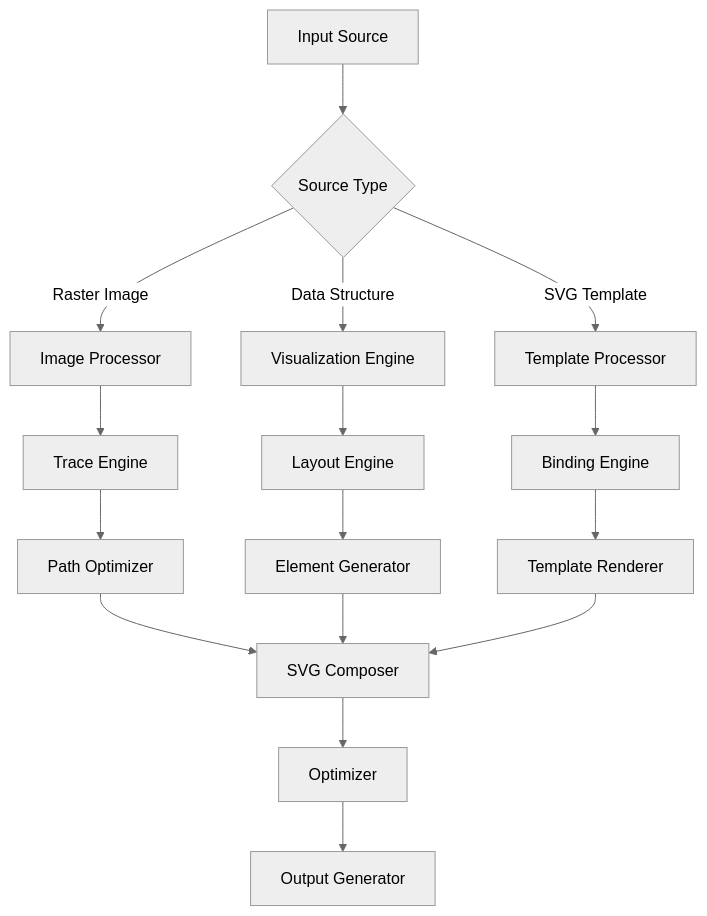
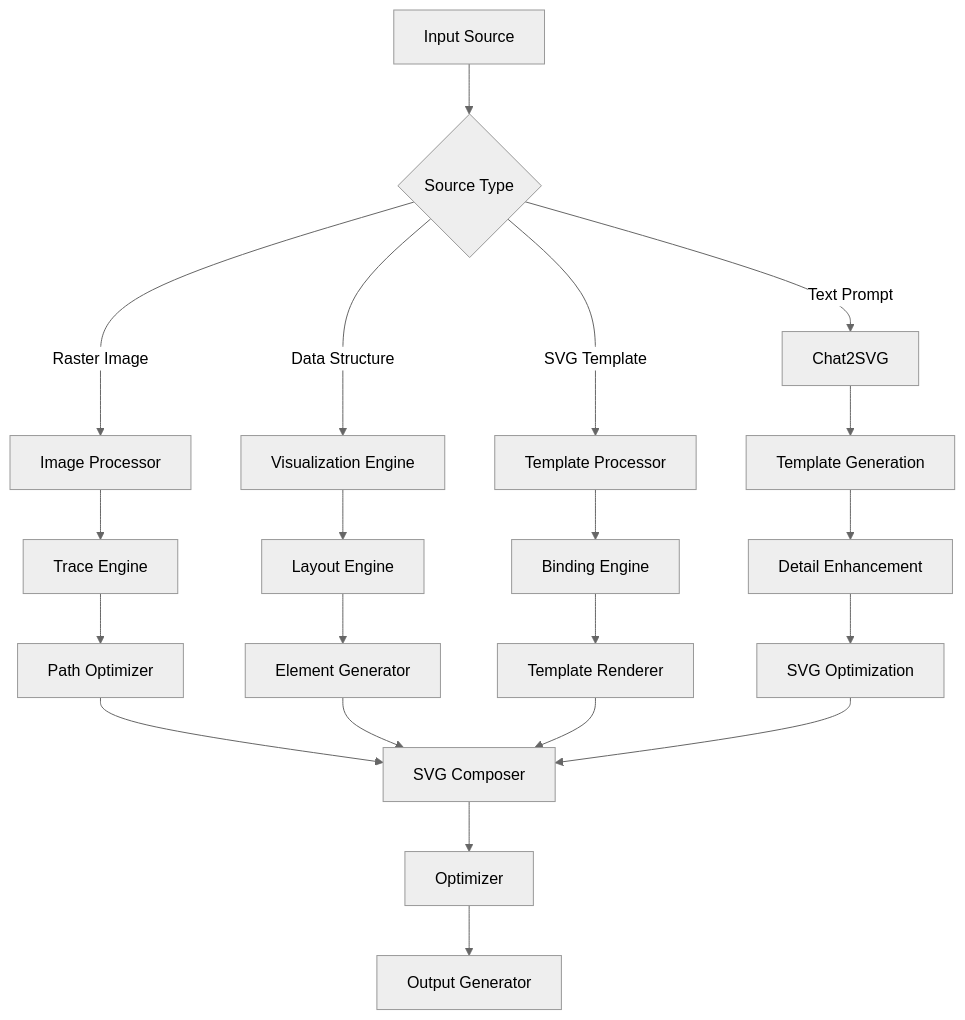
One commit to bilalobe/Opossum changed the diagram in docs/image-processing/svg-generation.md. Above: the diagram before and after it, drawn with Mermaid (neutral theme). The commit also changed other lines of this file and 52 other files, not shown here.

````diff
--- a/docs/image-processing/svg-generation.md
+++ b/docs/image-processing/svg-generation.md
@@ -44,23 +54,29 @@
 ```mermaid
 graph TB
     A[Input Source] --> B{Source Type}
     B -->|Raster Image| C[Image Processor]
     B -->|Data Structure| D[Visualization Engine]
     B -->|SVG Template| E[Template Processor]
+    B -->|Text Prompt| F[Chat2SVG]
     
-    C --> F[Trace Engine]
-    F --> G[Path Optimizer]
+    C --> G[Trace Engine]
+    G --> H[Path Optimizer]
     
-    D --> H[Layout Engine]
-    H --> I[Element Generator]
+    D --> I[Layout Engine]
+    I --> J[Element Generator]
     
-    E --> J[Binding Engine]
-    J --> K[Template Renderer]
+    E --> K[Binding Engine]
+    K --> L[Template Renderer]
     
-    G --> L[SVG Composer]
-    I --> L
-    K --> L
+    F --> M[Template Generation]
+    M --> N[Detail Enhancement]
+    N --> O[SVG Optimization]
     
-    L --> M[Optimizer]
-    M --> N[Output Generator]
+    H --> P[SVG Composer]
+    J --> P
+    L --> P
+    O --> P
+    
+    P --> Q[Optimizer]
+    Q --> R[Output Generator]
 ```
````
